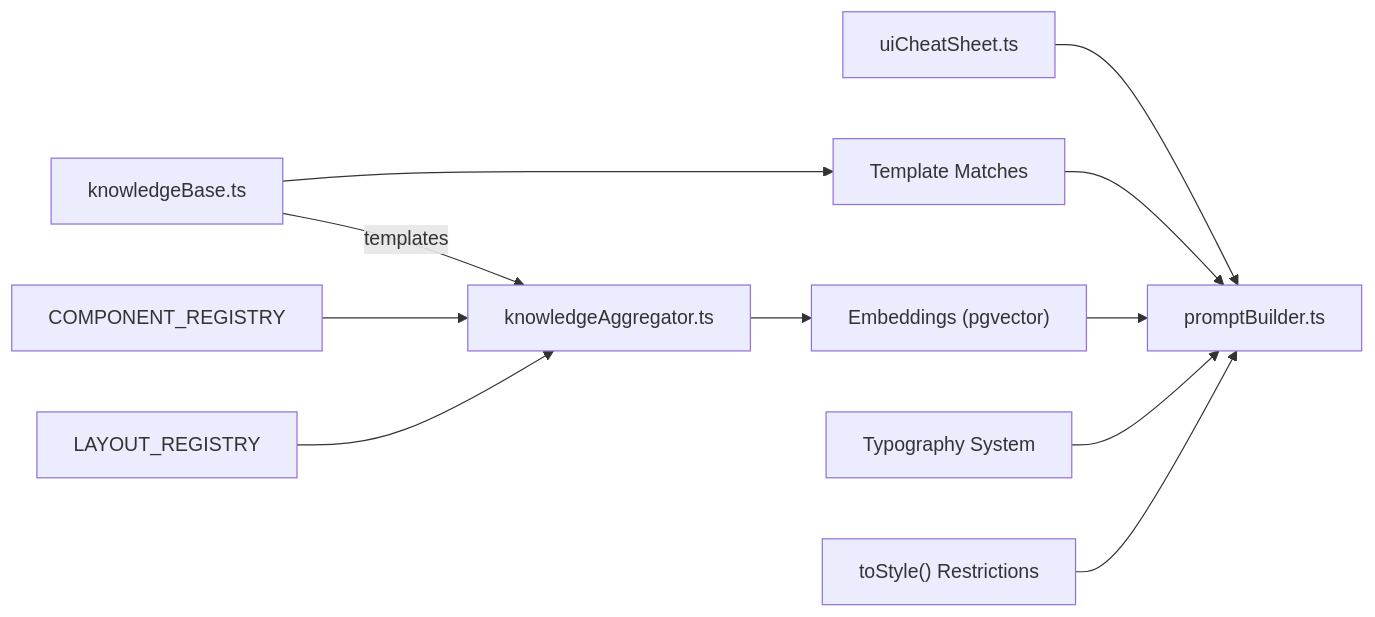
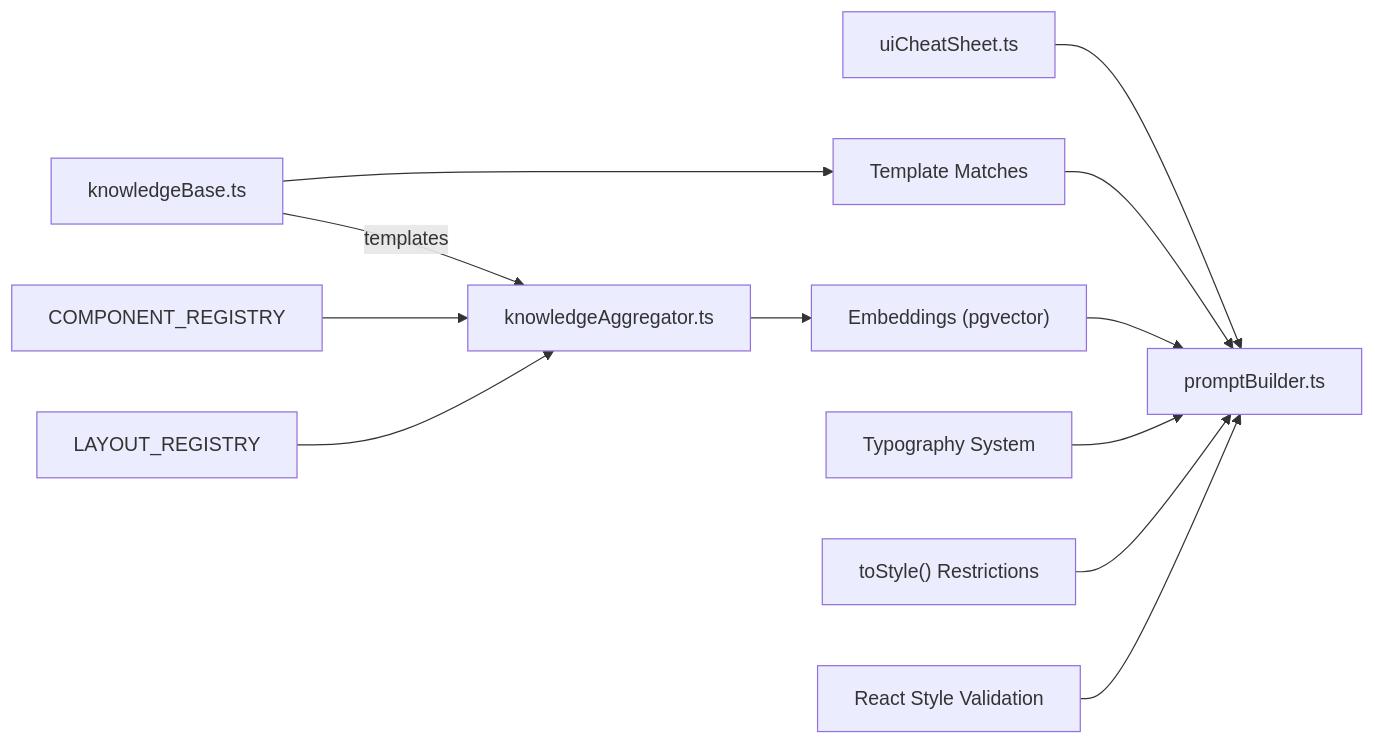
Before and after one commit to shekhargiri005-dotcom/AI-powered-accessibility-first-UI-engine: the sixth of 12 diagrams in .qoder/repowiki/en/content/AI Generation Engine/Core Generation Pipeline/Prompt Engineering & Context Injection.md, drawn with Mermaid. The commit also changed other lines of this file and 8 other files, not shown here.

````diff
--- a/.qoder/repowiki/en/content/AI Generation Engine/Core Generation Pipeline/Prompt Engineering & Context Injection.md
+++ b/.qoder/repowiki/en/content/AI Generation Engine/Core Generation Pipeline/Prompt Engineering & Context Injection.md
@@ -342,13 +375,14 @@
 ```mermaid
 graph LR
 KB["knowledgeBase.ts"] --> |templates| KA["knowledgeAggregator.ts"]
 CR["COMPONENT_REGISTRY"] --> KA
 LR["LAYOUT_REGISTRY"] --> KA
 KA --> Embed["Embeddings (pgvector)"]
 KB --> Templates["Template Matches"]
 CS["uiCheatSheet.ts"] --> PB["promptBuilder.ts"]
 Templates --> PB
 Embed --> PB
 TS["Typography System"] --> PB
 TOSTYLE["toStyle() Restrictions"] --> PB
+RSV["React Style Validation"] --> PB
 ```
````
